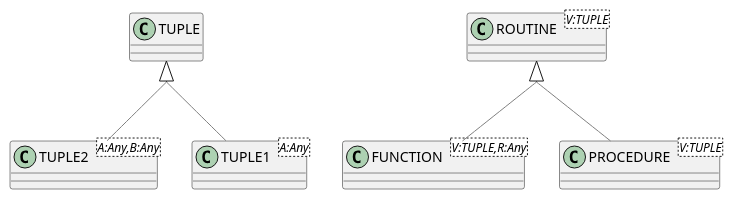
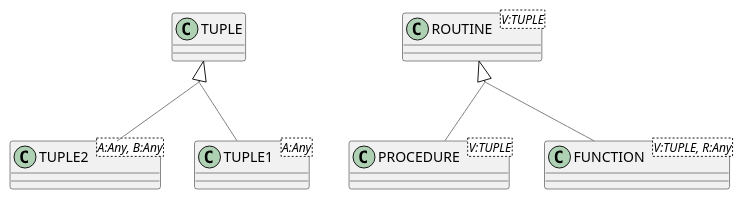
The diagram in modules/ROOT/examples/bmm/representation/builtin_types/functional/functional-package-uml.adoc (wolandscat/openehr-doc), drawn with PlantUML before and after one commit. The commit also changed 293 other files, not shown here.

Commit message:
Regen with tweaks to UML output and correct metatypes for nested generics.

```diff
--- a/modules/ROOT/examples/bmm/representation/builtin_types/functional/functional-package-uml.adoc
+++ b/modules/ROOT/examples/bmm/representation/builtin_types/functional/functional-package-uml.adoc
@@ -3,39 +3,39 @@
 [plantuml,opts=interactive,link=self]
 ....
 skinparam groupInheritance 2
 skinparam citedClassColor #FDFDFD
 
 
-class TUPLE2<A:Any,B:Any> [[/openehr-doc/latest/representation/builtin_types-gen.html#_class_tuple2]] {
+class PROCEDURE<V:TUPLE> [[/openehr-doc/latest/representation/builtin_types-gen.html#_class_procedure]] {
 }
 
-TUPLE2 -[#gray]up-|> TUPLE  
+PROCEDURE -[#gray]up-|> ROUTINE  
+
+
+class ROUTINE<V:TUPLE> [[/openehr-doc/latest/representation/builtin_types-gen.html#_class_routine]] {
+}
 
 
 class TUPLE [[/openehr-doc/latest/representation/builtin_types-gen.html#_class_tuple]] {
 }
 
 
-class ROUTINE<V:TUPLE> [[/openehr-doc/latest/representation/builtin_types-gen.html#_class_routine]] {
-}
-
-
-class FUNCTION<V:TUPLE,R:Any> [[/openehr-doc/latest/representation/builtin_types-gen.html#_class_function]] {
+class FUNCTION<V:TUPLE, R:Any> [[/openehr-doc/latest/representation/builtin_types-gen.html#_class_function]] {
 }
 
 FUNCTION -[#gray]up-|> ROUTINE  
 
 
-class PROCEDURE<V:TUPLE> [[/openehr-doc/latest/representation/builtin_types-gen.html#_class_procedure]] {
+class TUPLE2<A:Any, B:Any> [[/openehr-doc/latest/representation/builtin_types-gen.html#_class_tuple2]] {
 }
 
-PROCEDURE -[#gray]up-|> ROUTINE  
+TUPLE2 -[#gray]up-|> TUPLE  
 
 
 class TUPLE1<A:Any> [[/openehr-doc/latest/representation/builtin_types-gen.html#_class_tuple1]] {
 }
 
 TUPLE1 -[#gray]up-|> TUPLE  
 
 
 ....
```
